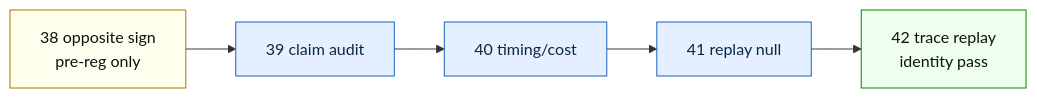
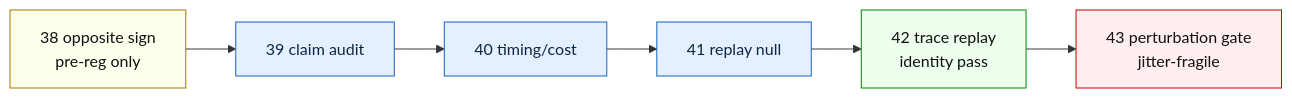
One commit to manfromnowhere143/sentinel changed the fourth of 6 diagrams in README.md. Above: the diagram before and after it, drawn with Mermaid. The commit also changed other lines of this file and 1 other file, not shown here.

Commit message:
docs: record iter43 mild-fragile perturbation verdict in README header/tracker/diagram/status and CONTINUITY arc + shift log

````diff
--- a/README.md
+++ b/README.md
@@ -160,13 +162,16 @@
 ```mermaid
 flowchart LR
   O38["38 opposite sign<br/>pre-reg only"] --> A39["39 claim audit"]
   A39 --> A40["40 timing/cost"]
   A40 --> A41["41 replay null"]
   A41 --> A42["42 trace replay<br/>identity pass"]
+  A42 --> A43["43 perturbation gate<br/>jitter-fragile"]
   classDef ask fill:#ffe,stroke:#a70,color:#111;
   classDef audit fill:#e4f0ff,stroke:#1565c0,color:#0c2742;
   classDef win fill:#efe,stroke:#080,color:#111;
+  classDef bad fill:#fee,stroke:#c00,color:#111;
   class O38 ask;
   class A39,A40,A41 audit;
   class A42 win;
+  class A43 bad;
 ```
````
